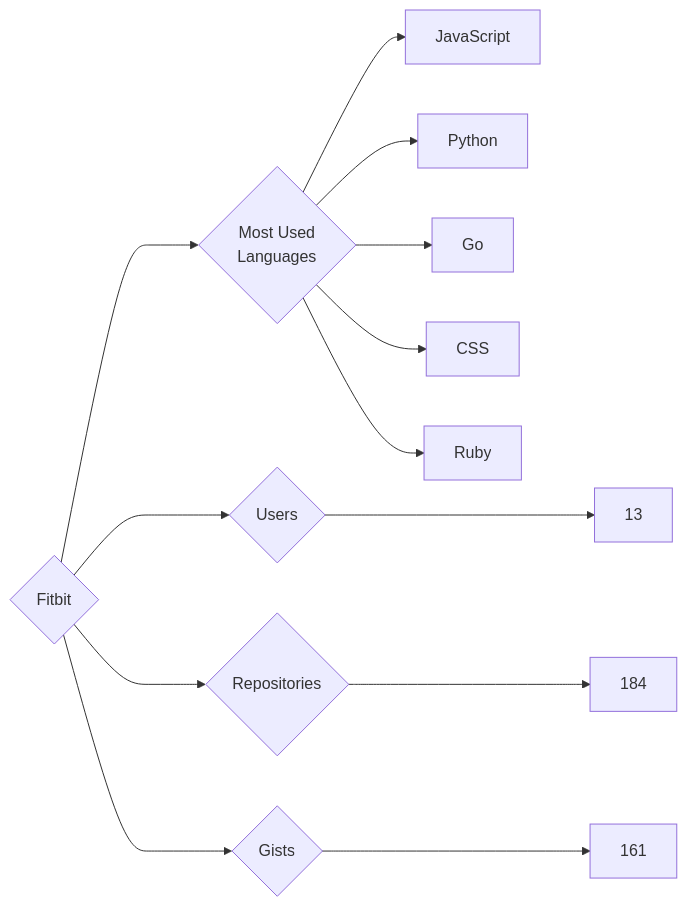
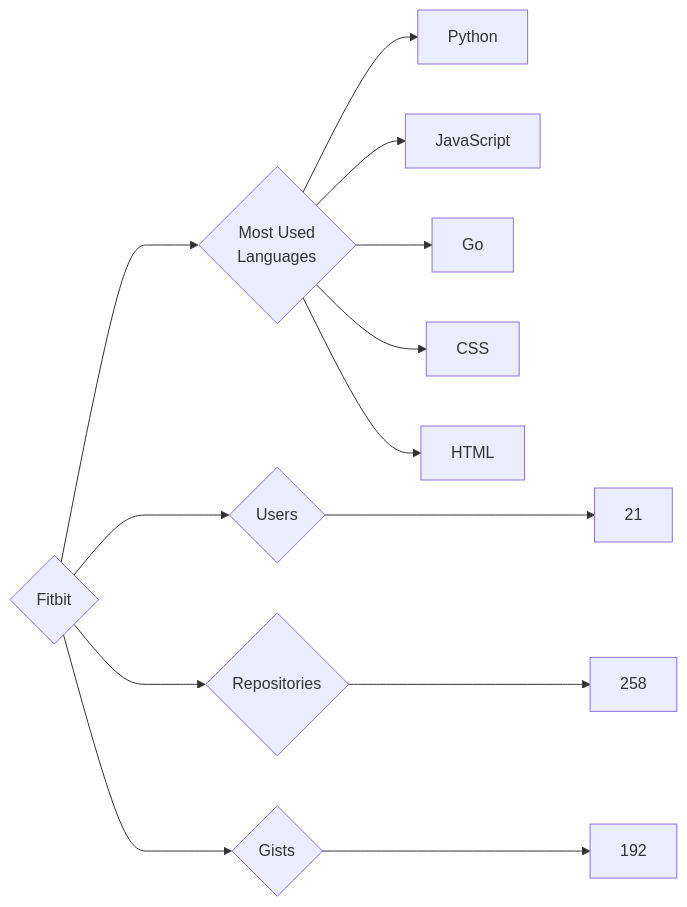
The diagram in targets/Fitbit/README.md (trickest/insiders), drawn with Mermaid before and after one commit. The commit also changed 1238 other files, not shown here.

````diff
--- a/targets/Fitbit/README.md
+++ b/targets/Fitbit/README.md
@@ -3,13 +3,13 @@
 ```mermaid
 graph LR
 COMPANY_NAME{Fitbit}
-COMPANY_NAME ---> U{Users} ---> UN[13]
-COMPANY_NAME ---> R{Repositories} ---> RN[184]
-COMPANY_NAME ---> G{Gists} ---> GN[161]
+COMPANY_NAME ---> U{Users} ---> UN[21]
+COMPANY_NAME ---> R{Repositories} ---> RN[258]
+COMPANY_NAME ---> G{Gists} ---> GN[192]
 COMPANY_NAME ---> ML{Most Used<br>Languages}
+ML --> Python[Python]
 ML --> JavaScript[JavaScript]
-ML --> Python[Python]
 ML --> Go[Go]
 ML --> CSS[CSS]
-ML --> Ruby[Ruby]
+ML --> HTML[HTML]
 ```
````
